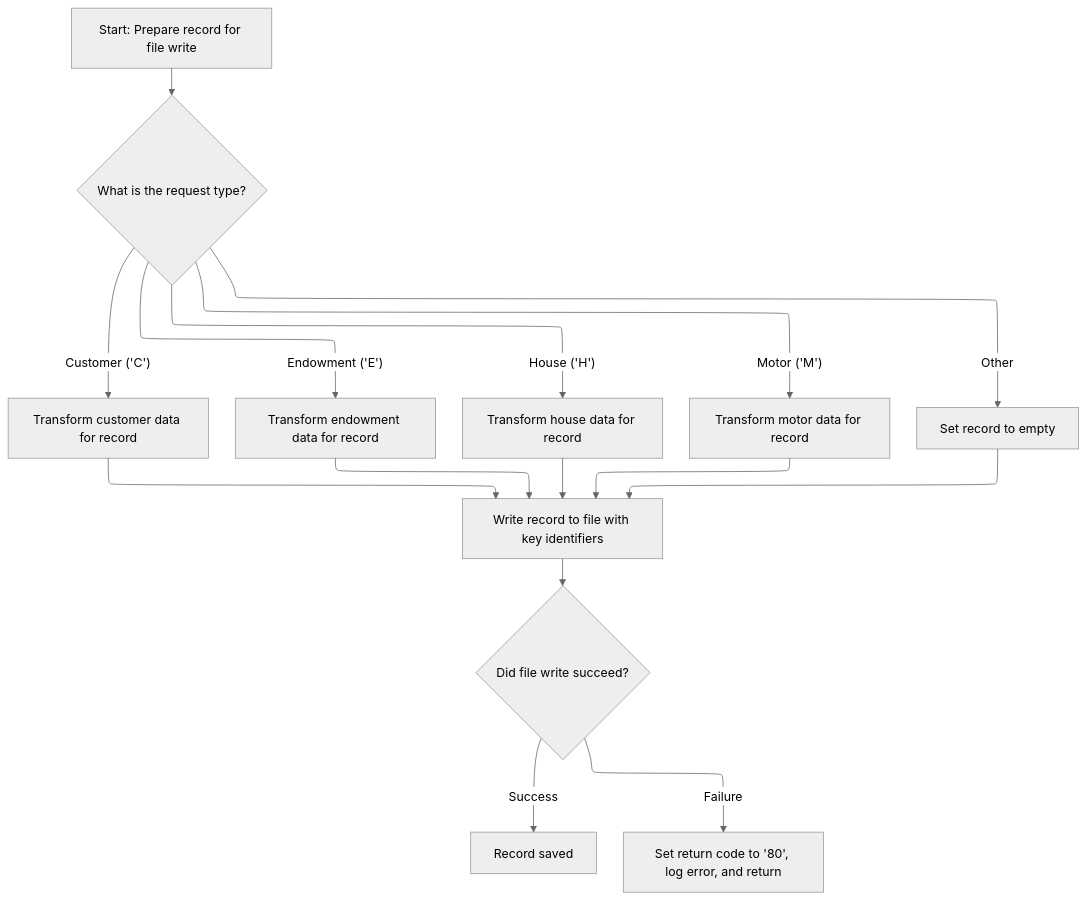
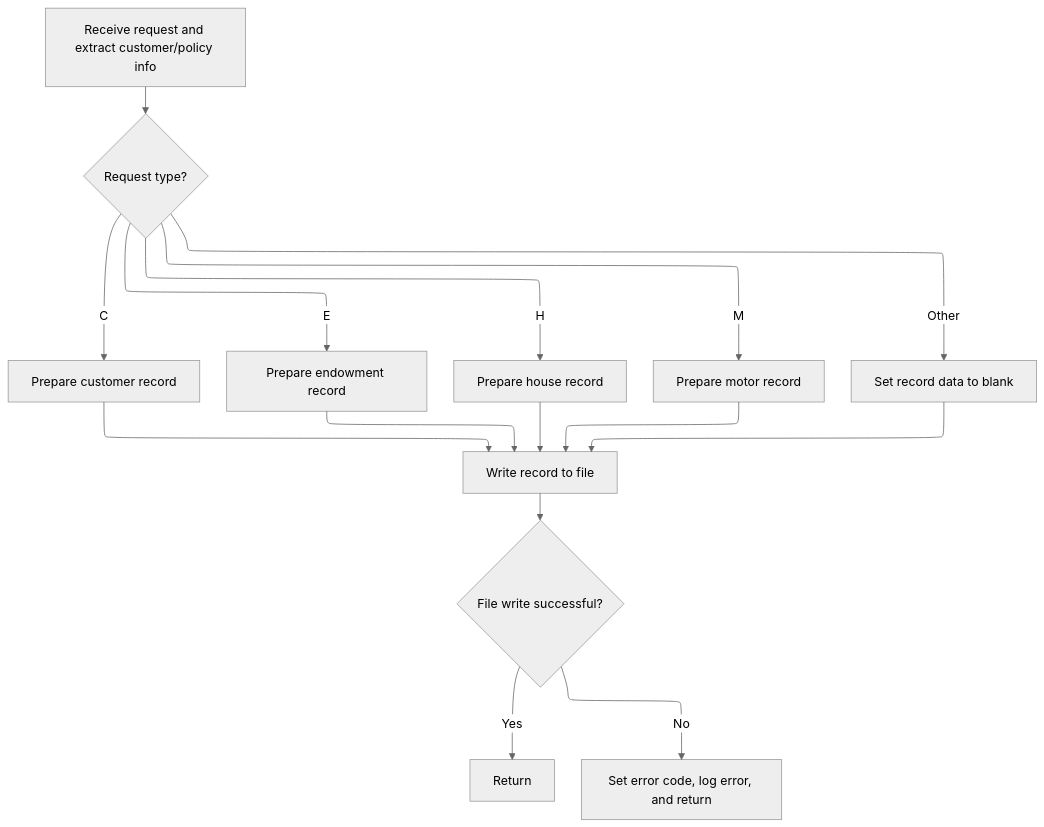
Diagram 15 of 15 in .swm/inserting-insurance-policy-data-lgapdb09.xwl743qs.sw.md (Giri-Swimm/Swimmio-genapp-motor), drawn with Mermaid (neutral theme) before and after one commit. The commit also changed other lines of this file and 17 other files, not shown here.

Commit message:
motor policy inquire process as on 11 nov 2025

````diff
--- a/.swm/inserting-insurance-policy-data-lgapdb09.xwl743qs.sw.md
+++ b/.swm/inserting-insurance-policy-data-lgapdb09.xwl743qs.sw.md
@@ -2405,62 +2332,64 @@
 ```mermaid
 %%{init: {"flowchart": {"defaultRenderer": "elk"}} }%%
 flowchart TD
-    node1["Start: Prepare record for file write"] --> node2{"What is the request type?"}
-    click node1 openCode "base/src/lgapvs01.cbl:90:95"
-    node2 -->|"Customer ('C')"| node3["Transform customer data for record"]
+    node1["Receive request and extract customer/policy info"]
+    click node1 openCode "base/src/lgapvs01.cbl:93:97"
+    node1 --> node2{"Request type?"}
     click node2 openCode "base/src/lgapvs01.cbl:99:131"
-    node2 -->|"Endowment ('E')"| node4["Transform endowment data for record"]
-    node2 -->|"House ('H')"| node5["Transform house data for record"]
-    node2 -->|"Motor ('M')"| node6["Transform motor data for record"]
-    node2 -->|"Other"| node7["Set record to empty"]
+    node2 -->|"C"| node3["Prepare customer record"]
     click node3 openCode "base/src/lgapvs01.cbl:102:109"
+    node2 -->|"E"| node4["Prepare endowment record"]
     click node4 openCode "base/src/lgapvs01.cbl:112:116"
+    node2 -->|"H"| node5["Prepare house record"]
     click node5 openCode "base/src/lgapvs01.cbl:119:123"
+    node2 -->|"M"| node6["Prepare motor record"]
     click node6 openCode "base/src/lgapvs01.cbl:126:129"
+    node2 -->|"Other"| node7["Set record data to blank"]
     click node7 openCode "base/src/lgapvs01.cbl:132:132"
-    node3 --> node8["Write record to file with key identifiers"]
+    node3 --> node8["Write record to file"]
     node4 --> node8
     node5 --> node8
     node6 --> node8
     node7 --> node8
     click node8 openCode "base/src/lgapvs01.cbl:136:142"
-    node8 --> node9{"Did file write succeed?"}
+    node8 --> node9{"File write successful?"}
     click node9 openCode "base/src/lgapvs01.cbl:143:148"
-    node9 -->|"Success"| node10["Record saved"]
-    click node10 openCode "base/src/lgapvs01.cbl:147:147"
-    node9 -->|"Failure"| node11["Set return code to '80', log error, and return"]
-    click node11 openCode "base/src/lgapvs01.cbl:144:148"
+    node9 -->|"Yes"| node10["Return"]
+    click node10 openCode "base/src/lgapvs01.cbl:147:148"
+    node9 -->|"No"| node11["Set error code, log error, and return"]
+    click node11 openCode "base/src/lgapvs01.cbl:144:147"
 
 classDef HeadingStyle fill:#777777,stroke:#333,stroke-width:2px;
 
 %% Swimm:
 %% %%{init: {"flowchart": {"defaultRenderer": "elk"}} }%%
 %% flowchart TD
-%%     node1["Start: Prepare record for file write"] --> node2{"What is the request type?"}
-%%     click node1 openCode "<SwmPath>[base/src/lgapvs01.cbl](base/src/lgapvs01.cbl)</SwmPath>:90:95"
-%%     node2 -->|"Customer ('C')"| node3["Transform customer data for record"]
+%%     node1["Receive request and extract customer/policy info"]
+%%     click node1 openCode "<SwmPath>[base/src/lgapvs01.cbl](base/src/lgapvs01.cbl)</SwmPath>:93:97"
+%%     node1 --> node2{"Request type?"}
 %%     click node2 openCode "<SwmPath>[base/src/lgapvs01.cbl](base/src/lgapvs01.cbl)</SwmPath>:99:131"
-%%     node2 -->|"Endowment ('E')"| node4["Transform endowment data for record"]
-%%     node2 -->|"House ('H')"| node5["Transform house data for record"]
-%%     node2 -->|"Motor ('M')"| node6["Transform motor data for record"]
-%%     node2 -->|"Other"| node7["Set record to empty"]
+%%     node2 -->|"C"| node3["Prepare customer record"]
 %%     click node3 openCode "<SwmPath>[base/src/lgapvs01.cbl](base/src/lgapvs01.cbl)</SwmPath>:102:109"
+%%     node2 -->|"E"| node4["Prepare endowment record"]
 %%     click node4 openCode "<SwmPath>[base/src/lgapvs01.cbl](base/src/lgapvs01.cbl)</SwmPath>:112:116"
+%%     node2 -->|"H"| node5["Prepare house record"]
 %%     click node5 openCode "<SwmPath>[base/src/lgapvs01.cbl](base/src/lgapvs01.cbl)</SwmPath>:119:123"
+%%     node2 -->|"M"| node6["Prepare motor record"]
 %%     click node6 openCode "<SwmPath>[base/src/lgapvs01.cbl](base/src/lgapvs01.cbl)</SwmPath>:126:129"
+%%     node2 -->|"Other"| node7["Set record data to blank"]
 %%     click node7 openCode "<SwmPath>[base/src/lgapvs01.cbl](base/src/lgapvs01.cbl)</SwmPath>:132:132"
-%%     node3 --> node8["Write record to file with key identifiers"]
+%%     node3 --> node8["Write record to file"]
 %%     node4 --> node8
 %%     node5 --> node8
 %%     node6 --> node8
 %%     node7 --> node8
 %%     click node8 openCode "<SwmPath>[base/src/lgapvs01.cbl](base/src/lgapvs01.cbl)</SwmPath>:136:142"
-%%     node8 --> node9{"Did file write succeed?"}
+%%     node8 --> node9{"File write successful?"}
 %%     click node9 openCode "<SwmPath>[base/src/lgapvs01.cbl](base/src/lgapvs01.cbl)</SwmPath>:143:148"
-%%     node9 -->|"Success"| node10["Record saved"]
-%%     click node10 openCode "<SwmPath>[base/src/lgapvs01.cbl](base/src/lgapvs01.cbl)</SwmPath>:147:147"
-%%     node9 -->|"Failure"| node11["Set return code to '80', log error, and return"]
-%%     click node11 openCode "<SwmPath>[base/src/lgapvs01.cbl](base/src/lgapvs01.cbl)</SwmPath>:144:148"
+%%     node9 -->|"Yes"| node10["Return"]
+%%     click node10 openCode "<SwmPath>[base/src/lgapvs01.cbl](base/src/lgapvs01.cbl)</SwmPath>:147:148"
+%%     node9 -->|"No"| node11["Set error code, log error, and return"]
+%%     click node11 openCode "<SwmPath>[base/src/lgapvs01.cbl](base/src/lgapvs01.cbl)</SwmPath>:144:147"
 %% 
 %% classDef HeadingStyle fill:#777777,stroke:#333,stroke-width:2px;
 ```
````
